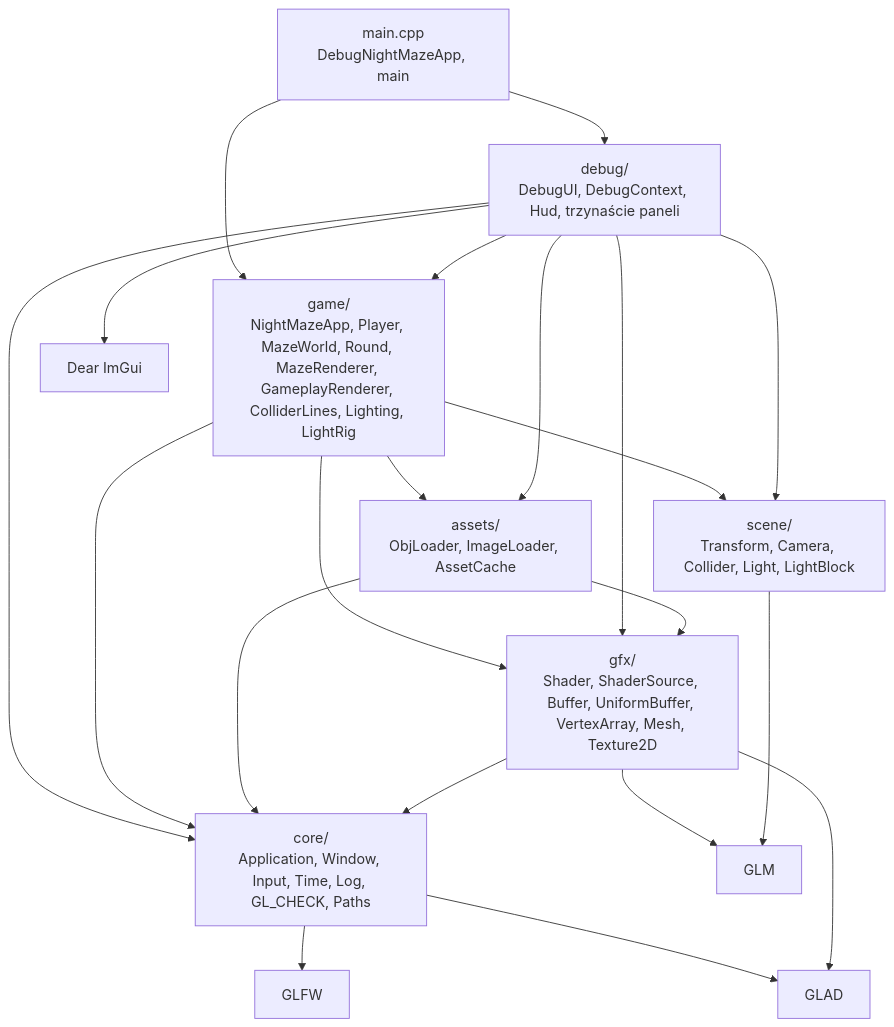
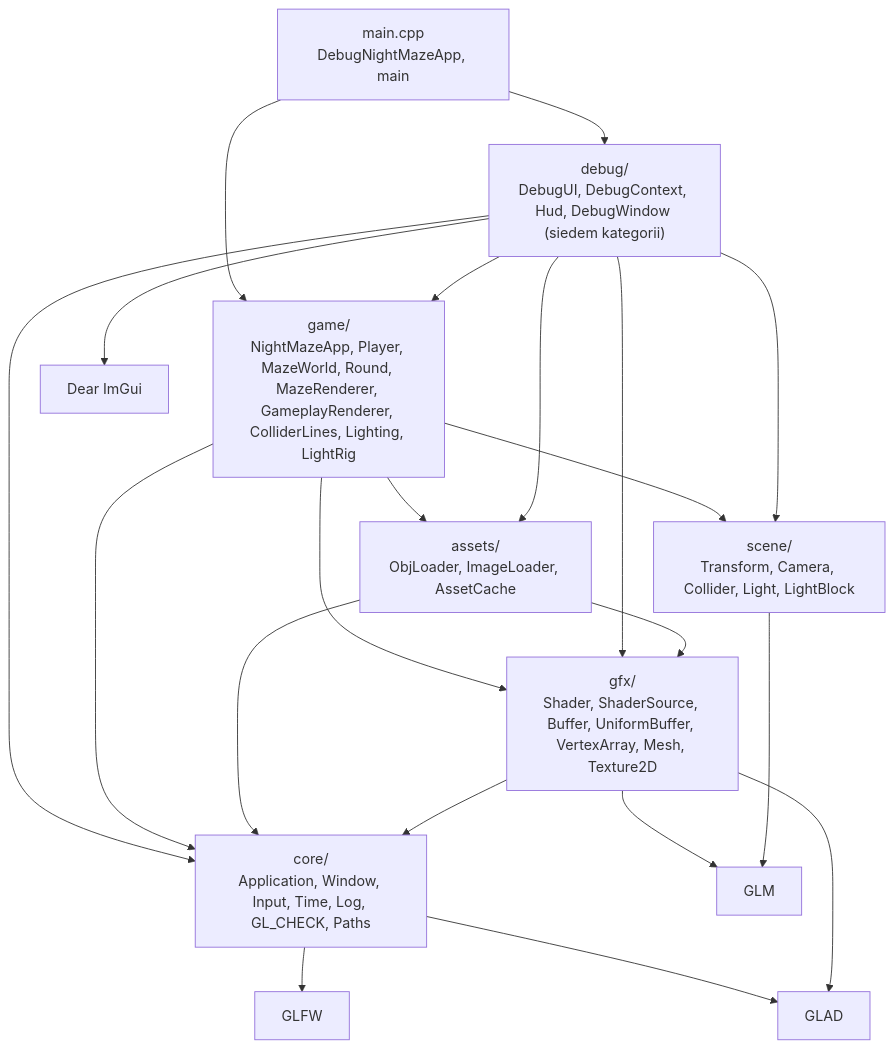
One commit to Shironex/night-maze changed the first of 3 diagrams in docs/modules/core/README.md. Above: the diagram before and after it, drawn with Mermaid. The commit also changed other lines of this file and 91 other files, not shown here.

Commit message:
docs(debug): rewrite the debug ui document for the one window and repoint the panel references

````diff
--- a/docs/modules/core/README.md
+++ b/docs/modules/core/README.md
@@ -47,23 +47,23 @@
 ```mermaid
 flowchart TD
-    Main["main.cpp<br/>DebugNightMazeApp, main"] --> Debug["debug/<br/>DebugUI, DebugContext, Hud, trzynaście paneli"]
+    Main["main.cpp<br/>DebugNightMazeApp, main"] --> Debug["debug/<br/>DebugUI, DebugContext, Hud, DebugWindow (siedem kategorii)"]
     Main --> Game["game/<br/>NightMazeApp, Player, MazeWorld, Round, MazeRenderer, GameplayRenderer, ColliderLines, Lighting, LightRig"]
     Debug --> Core["core/<br/>Application, Window, Input, Time, Log, GL_CHECK, Paths"]
     Debug --> Game
     Game --> Core
     Game --> Assets
     Game --> Gfx
     Game --> Scene
     Debug --> Assets
     Debug --> Gfx
     Debug --> Scene
     Assets["assets/<br/>ObjLoader, ImageLoader, AssetCache"] --> Gfx
     Assets --> Core
     Gfx["gfx/<br/>Shader, ShaderSource, Buffer, UniformBuffer, VertexArray, Mesh, Texture2D"] --> Core
     Gfx --> Glm
     Scene["scene/<br/>Transform, Camera, Collider, Light, LightBlock"] --> Glm["GLM"]
     Debug --> ImGui["Dear ImGui"]
     Core --> Glfw["GLFW"]
     Core --> Glad["GLAD"]
     Gfx --> Glad
 ```
````
